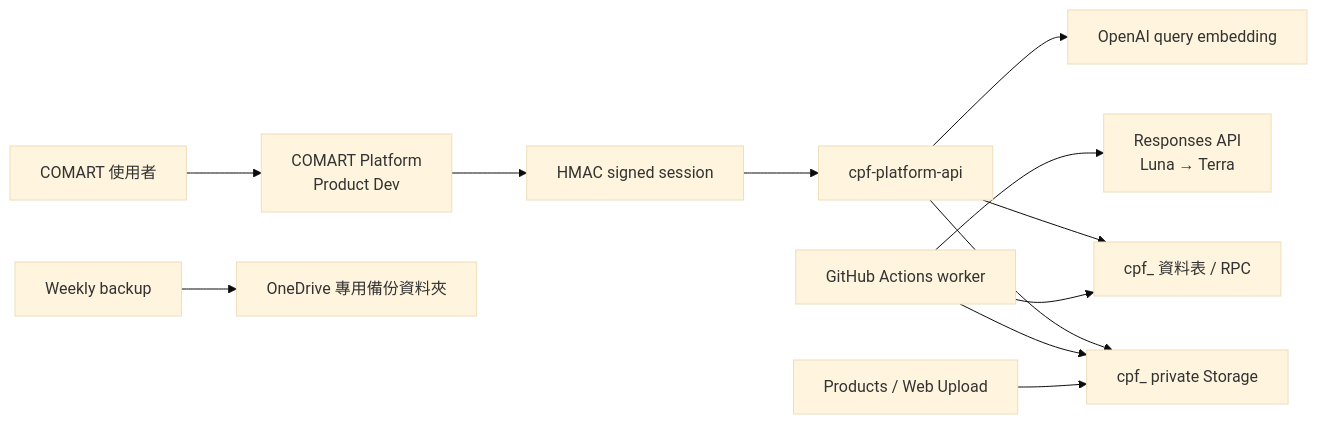
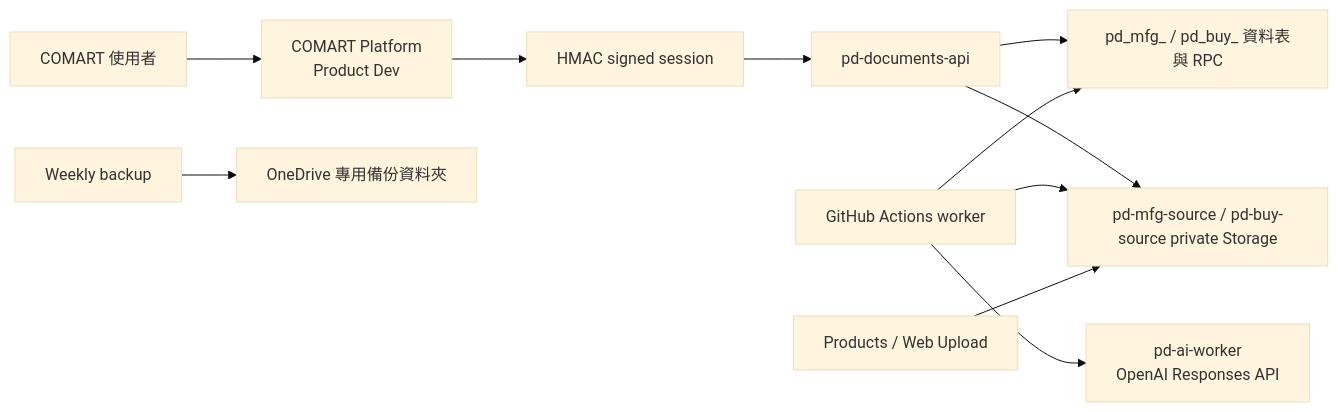
The diagram in product_dev/finder-src/README.md (mcsewoody/comart-platform), drawn with Mermaid (base theme) before and after one commit. The commit also changed other lines of this file and 11 other files, not shown here.

````diff
--- a/product_dev/finder-src/README.md
+++ b/product_dev/finder-src/README.md
@@ -33,14 +33,13 @@
 ```mermaid
 flowchart LR
   U["COMART 使用者"] --> P["COMART Platform<br/>Product Dev"]
   P --> A["HMAC signed session"]
-  A --> E["cpf-platform-api"]
-  E --> S["cpf_ 資料表 / RPC"]
-  E --> B["cpf_ private Storage"]
-  E --> O["OpenAI query embedding"]
+  A --> E["pd-documents-api"]
+  E --> S["pd_mfg_ / pd_buy_ 資料表與 RPC"]
+  E --> B["pd-mfg-source / pd-buy-source private Storage"]
   G["GitHub Actions worker"] --> S
   G --> B
-  G --> O2["Responses API<br/>Luna → Terra"]
+  G --> O2["pd-ai-worker<br/>OpenAI Responses API"]
   D["Products / Web Upload"] --> B
   W["Weekly backup"] --> OD["OneDrive 專用備份資料夾"]
 ```
````
